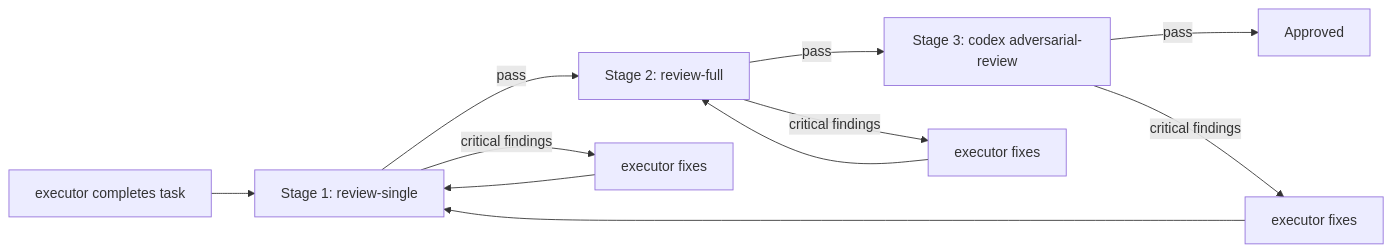
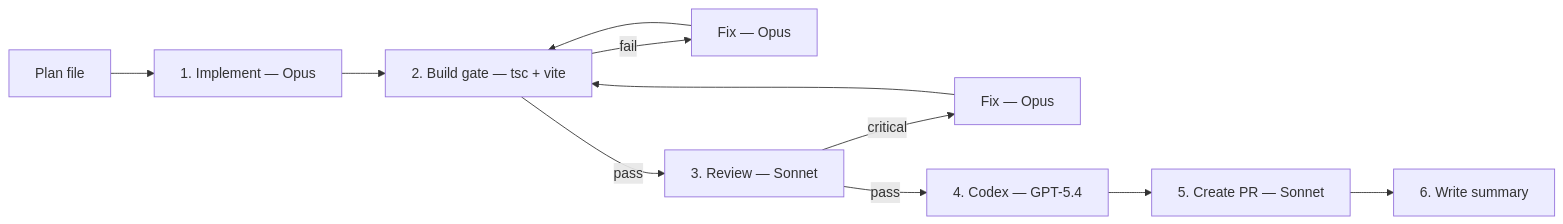
Before and after one commit to ilsantino/iago-os: the second of 2 diagrams in README.md, drawn with Mermaid. The commit also changed other lines of this file and 4 other files, not shown here.

````diff
--- a/README.md
+++ b/README.md
@@ -234,16 +231,13 @@
 ```mermaid
 flowchart LR
-    Impl[executor completes task] --> S1
-
-    S1[Stage 1: review-single] -->|pass| S2[Stage 2: review-full]
-    S1 -->|critical findings| Fix1[executor fixes]
-    Fix1 --> S1
-
-    S2 -->|pass| Codex[Stage 3: codex adversarial-review]
-    S2 -->|critical findings| Fix2[executor fixes]
-    Fix2 --> S2
-
-    Codex -->|pass| Done[Approved]
-    Codex -->|critical findings| Fix3[executor fixes]
-    Fix3 --> S1
+    Plan[Plan file] --> Impl[1. Implement — Opus]
+    Impl --> Build[2. Build gate — tsc + vite]
+    Build -->|fail| Fix[Fix — Opus]
+    Fix --> Build
+    Build -->|pass| Review[3. Review — Sonnet]
+    Review -->|critical| Fix2[Fix — Opus]
+    Fix2 --> Build
+    Review -->|pass| Codex[4. Codex — GPT-5.4]
+    Codex --> PR[5. Create PR — Sonnet]
+    PR --> Summary[6. Write summary]
 ```
````
